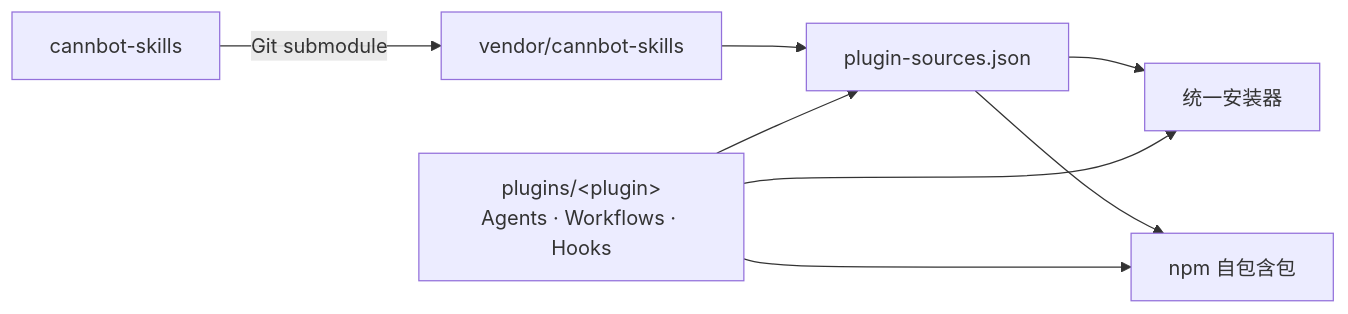
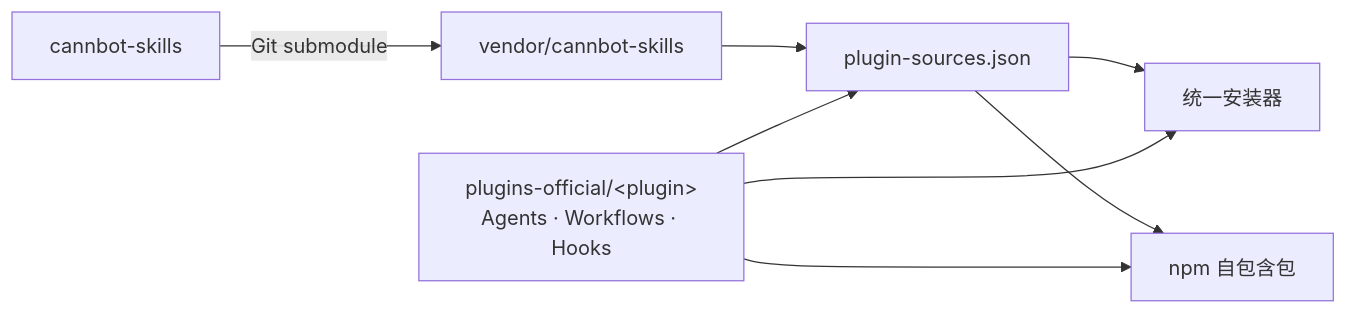
Before and after one commit to hicann/cannbot: the diagram in docs/repository-guide.md, drawn with Mermaid. The commit also changed other lines of this file and 122 other files, not shown here.

First line of the commit message:
refactor: 官方插件目录 plugins 更名为 plugins-official

````diff
--- a/docs/repository-guide.md
+++ b/docs/repository-guide.md
@@ -24,17 +24,17 @@
 ```mermaid
 flowchart LR
     SKILL_REPO["cannbot-skills"]
     SUBMODULE["vendor/cannbot-skills"]
-    PLUGIN["plugins/&lt;plugin&gt;<br/>Agents · Workflows · Hooks"]
+    PLUGIN["plugins-official/&lt;plugin&gt;<br/>Agents · Workflows · Hooks"]
     MAPPING["plugin-sources.json"]
     INSTALLER["统一安装器"]
     DIST["npm 自包含包"]
 
     SKILL_REPO -->|Git submodule| SUBMODULE
     SUBMODULE --> MAPPING
     PLUGIN --> MAPPING
     MAPPING --> INSTALLER
     MAPPING --> DIST
     PLUGIN --> INSTALLER
     PLUGIN --> DIST
 ```
````
